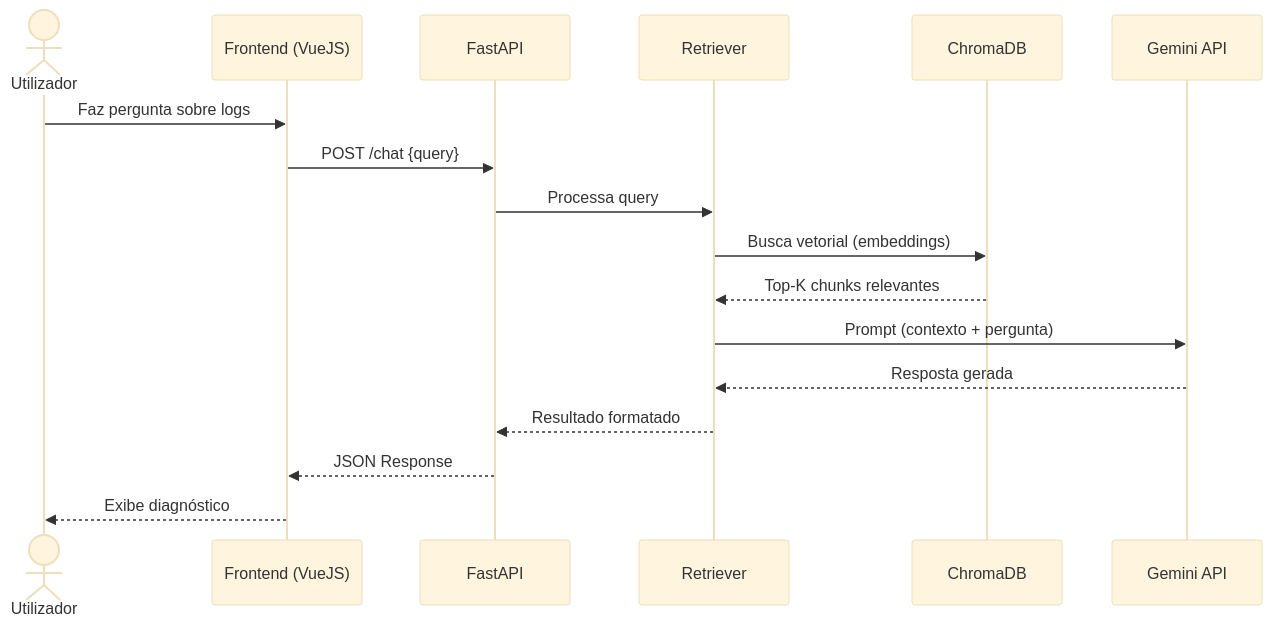
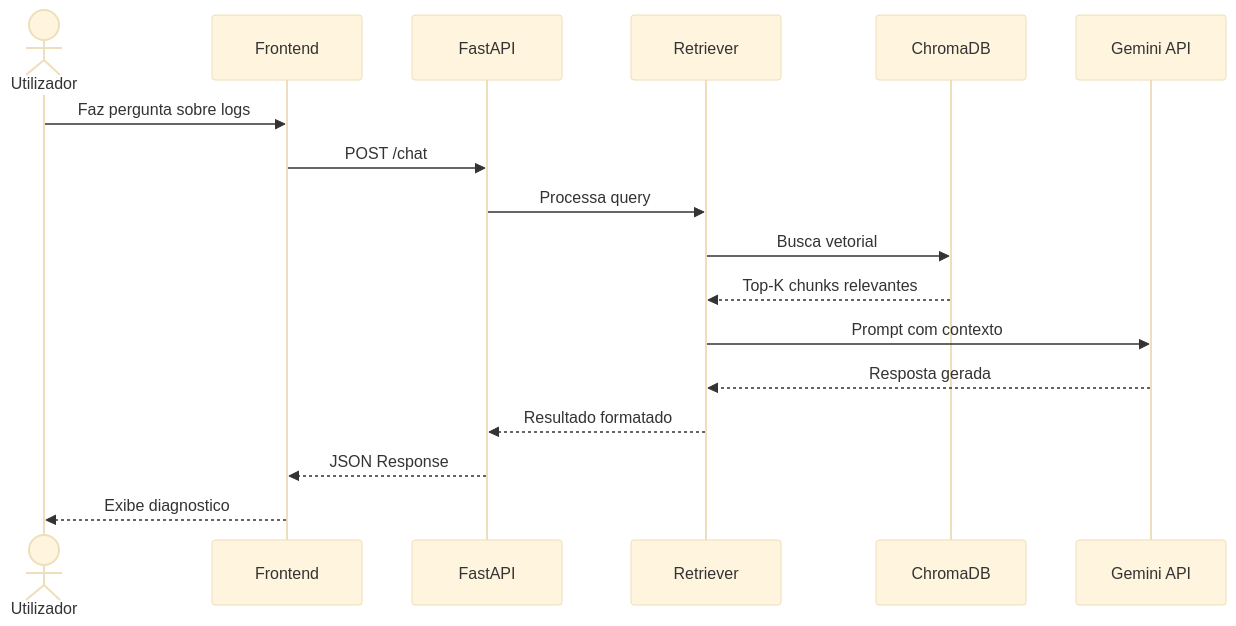
The second of 3 diagrams in README.md (IA-para-DEVs-SD/grupo-2-semantic-log-explorer), drawn with Mermaid (base theme) before and after one commit. The commit also changed other lines of this file, not shown here.

First line of the commit message:
docs(README): Simplify diagram labels and remove special characters

````diff
--- a/README.md
+++ b/README.md
@@ -69,20 +69,20 @@
 ```mermaid
 sequenceDiagram
     actor User as Utilizador
-    participant FE as Frontend (VueJS)
+    participant FE as Frontend
     participant API as FastAPI
     participant RET as Retriever
     participant DB as ChromaDB
     participant LLM as Gemini API
 
     User->>FE: Faz pergunta sobre logs
-    FE->>API: POST /chat {query}
+    FE->>API: POST /chat
     API->>RET: Processa query
-    RET->>DB: Busca vetorial (embeddings)
+    RET->>DB: Busca vetorial
     DB-->>RET: Top-K chunks relevantes
-    RET->>LLM: Prompt (contexto + pergunta)
+    RET->>LLM: Prompt com contexto
     LLM-->>RET: Resposta gerada
     RET-->>API: Resultado formatado
     API-->>FE: JSON Response
-    FE-->>User: Exibe diagnóstico
+    FE-->>User: Exibe diagnostico
 ```
````
